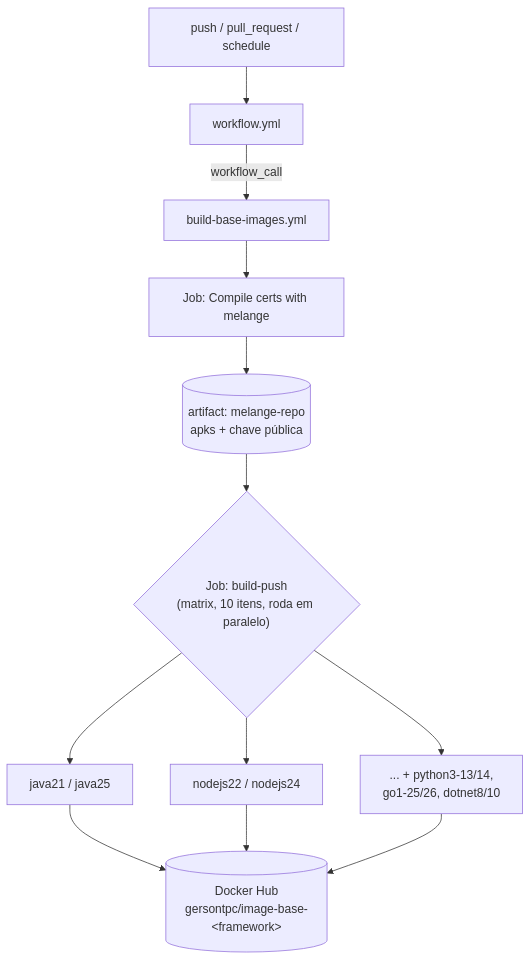
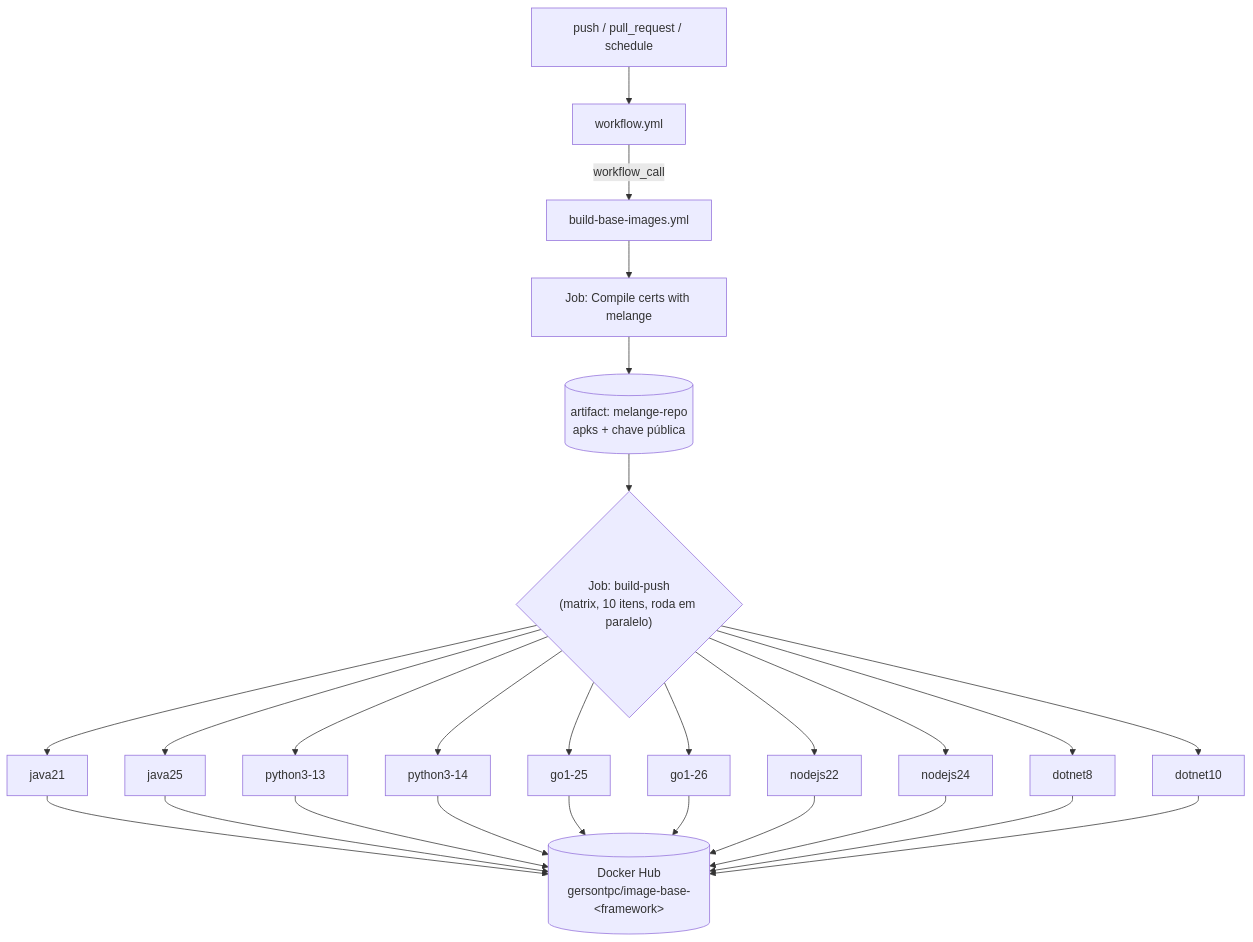
Before and after one commit to gersontpc/image-base: the fourth of 5 diagrams in README.md, drawn with Mermaid. The commit also changed other lines of this file and 1 other file, not shown here.

````diff
--- a/README.md
+++ b/README.md
@@ -181,15 +192,22 @@
 ```mermaid
 flowchart TD
     T["push / pull_request / schedule"] --> W["workflow.yml"]
     W -- "workflow_call" --> R["build-base-images.yml"]
 
     R --> M["Job: Compile certs with melange"]
     M --> AR[("artifact: melange-repo<br/>apks + chave pública")]
 
     AR --> X{"Job: build-push<br/>(matrix, 10 itens, roda em paralelo)"}
-    X --> J1["java21 / java25"]
-    X --> J2["nodejs22 / nodejs24"]
-    X --> J3["... + python3-13/14,<br/>go1-25/26, dotnet8/10"]
+    X --> J1["java21"]
+    X --> J2["java25"]
+    X --> J3["python3-13"]
+    X --> J4["python3-14"]
+    X --> J5["go1-25"]
+    X --> J6["go1-26"]
+    X --> J7["nodejs22"]
+    X --> J8["nodejs24"]
+    X --> J9["dotnet8"]
+    X --> J10["dotnet10"]
 
-    J1 & J2 & J3 --> DH[("Docker Hub<br/>gersontpc/image-base-&lt;framework&gt;")]
+    J1 & J2 & J3 & J4 & J5 & J6 & J7 & J8 & J9 & J10 --> DH[("Docker Hub<br/>gersontpc/image-base-&lt;framework&gt;")]
 ```
````
